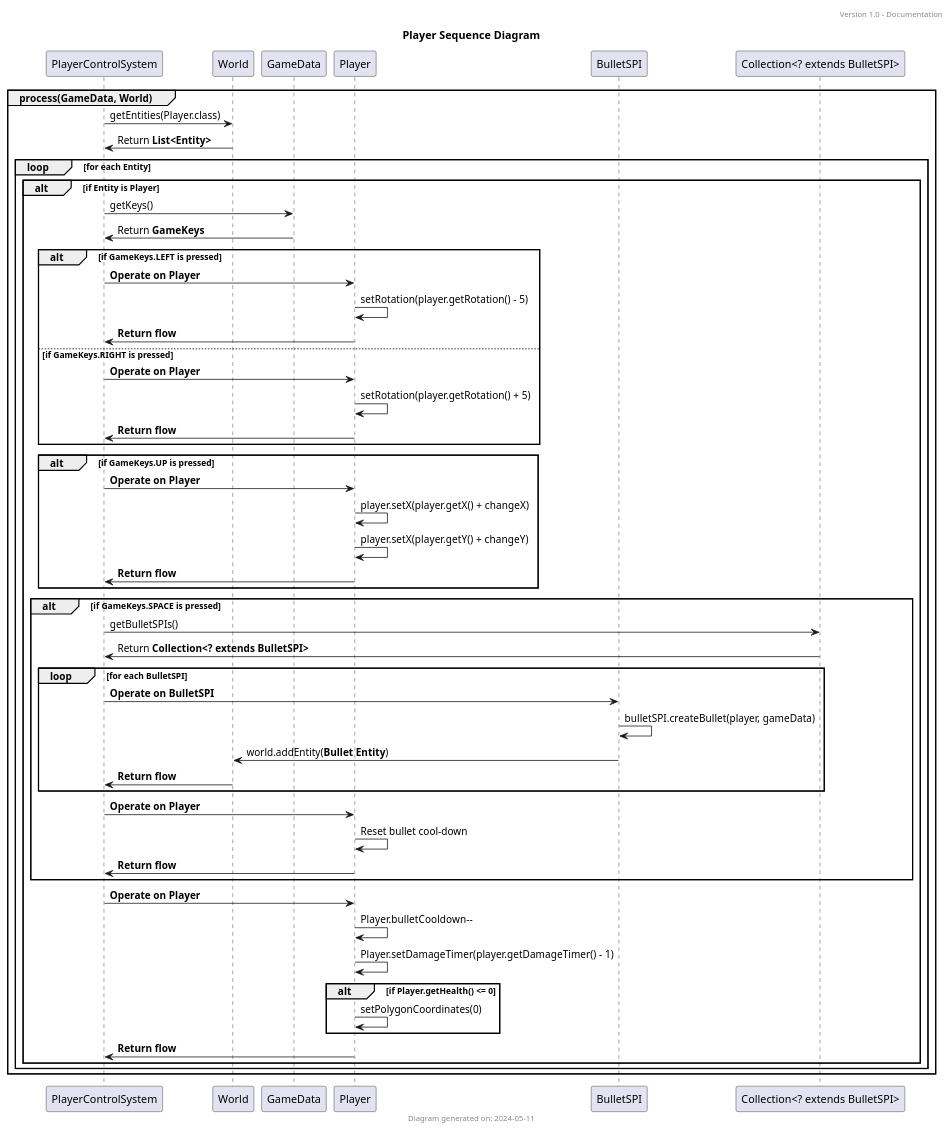
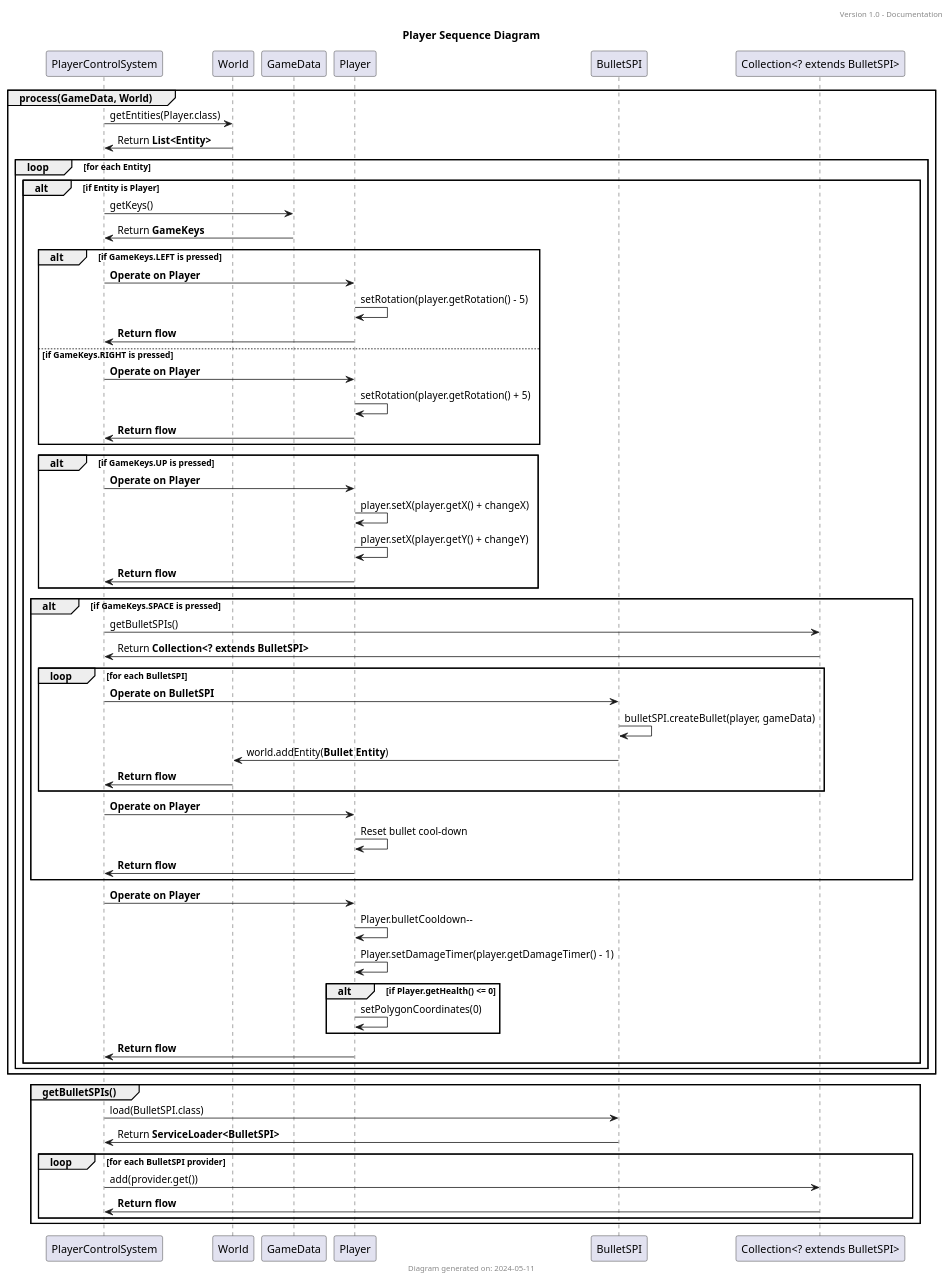
One commit to XBetaHunterX/AsteroidsFX changed the diagram in Diagrams/Sequence Diagrams/Sequence Diagram Player.puml. Above: the diagram before and after it, drawn with PlantUML. The commit also changed 1 other file, not shown here.

```diff
--- a/Diagrams/Sequence Diagrams/Sequence Diagram Player.puml
+++ b/Diagrams/Sequence Diagrams/Sequence Diagram Player.puml
@@ -1,60 +1,69 @@
     @startuml
 'https://plantuml.com/sequence-diagram
 title Player Sequence Diagram
 header Version 1.0 - Documentation
 footer Diagram generated on: 2024-05-11
 
 participant PlayerControlSystem
 participant World
 participant GameData
 participant Player
 participant BulletSPI
 participant "Collection<? extends BulletSPI>"
 
 group process(GameData, World)
     World <- PlayerControlSystem : getEntities(Player.class)
     World -> PlayerControlSystem : Return **List<Entity>**
     loop for each Entity
         alt if Entity is Player
             PlayerControlSystem -> GameData : getKeys()
             PlayerControlSystem <- GameData : Return **GameKeys**
             alt if GameKeys.LEFT is pressed
                 PlayerControlSystem -> Player : **Operate on Player**
                 Player -> Player : setRotation(player.getRotation() - 5)
                 Player -> PlayerControlSystem : **Return flow**
             else if GameKeys.RIGHT is pressed
                 PlayerControlSystem -> Player : **Operate on Player**
                 Player -> Player : setRotation(player.getRotation() + 5)
                 Player -> PlayerControlSystem : **Return flow**
             end
             alt if GameKeys.UP is pressed
                 PlayerControlSystem -> Player : **Operate on Player**
                 Player -> Player : player.setX(player.getX() + changeX)
                 Player -> Player : player.setX(player.getY() + changeY)
                 Player -> PlayerControlSystem : **Return flow**
             end
             alt if GameKeys.SPACE is pressed
                 PlayerControlSystem -> "Collection<? extends BulletSPI>" : getBulletSPIs()
                 PlayerControlSystem <- "Collection<? extends BulletSPI>" : Return **Collection<? extends BulletSPI>**
                 loop for each BulletSPI
                     PlayerControlSystem -> BulletSPI : **Operate on BulletSPI**
                     BulletSPI -> BulletSPI : bulletSPI.createBullet(player, gameData)
                     BulletSPI -> World : world.addEntity(**Bullet Entity**)
                     World -> PlayerControlSystem : **Return flow**
                 end
                 PlayerControlSystem -> Player : **Operate on Player**
                 Player -> Player : Reset bullet cool-down
                 Player -> PlayerControlSystem : **Return flow**
             end
 
             PlayerControlSystem -> Player : **Operate on Player**
             Player -> Player : Player.bulletCooldown--
             Player -> Player : Player.setDamageTimer(player.getDamageTimer() - 1)
             alt if Player.getHealth() <= 0
                             Player -> Player : setPolygonCoordinates(0)
             end
             Player -> PlayerControlSystem : **Return flow**
         end
     end
 end
+
+group getBulletSPIs()
+    PlayerControlSystem -> BulletSPI : load(BulletSPI.class)
+    PlayerControlSystem <- BulletSPI : Return **ServiceLoader<BulletSPI>**
+    loop for each BulletSPI provider
+        PlayerControlSystem -> "Collection<? extends BulletSPI>" : add(provider.get())
+        "Collection<? extends BulletSPI>" -> PlayerControlSystem : **Return flow**
+    end
+end
 @enduml
```
